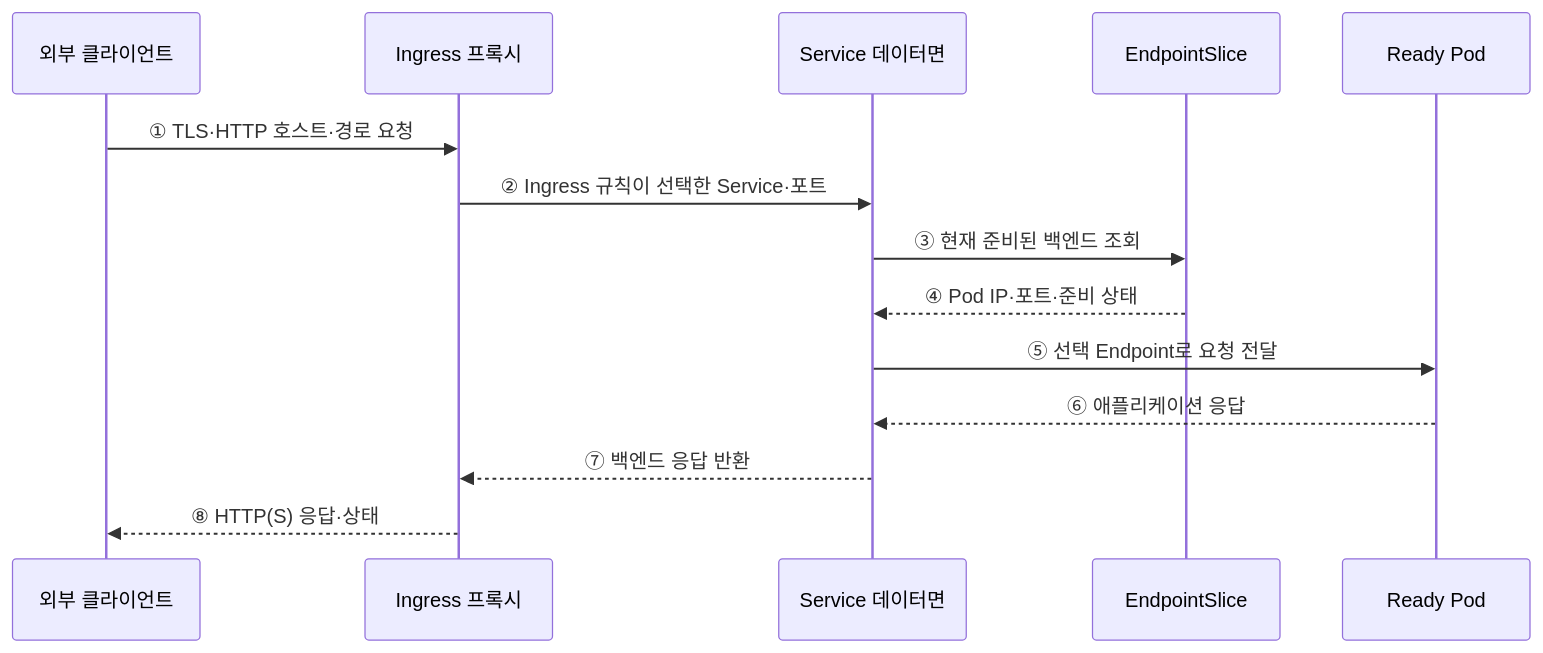
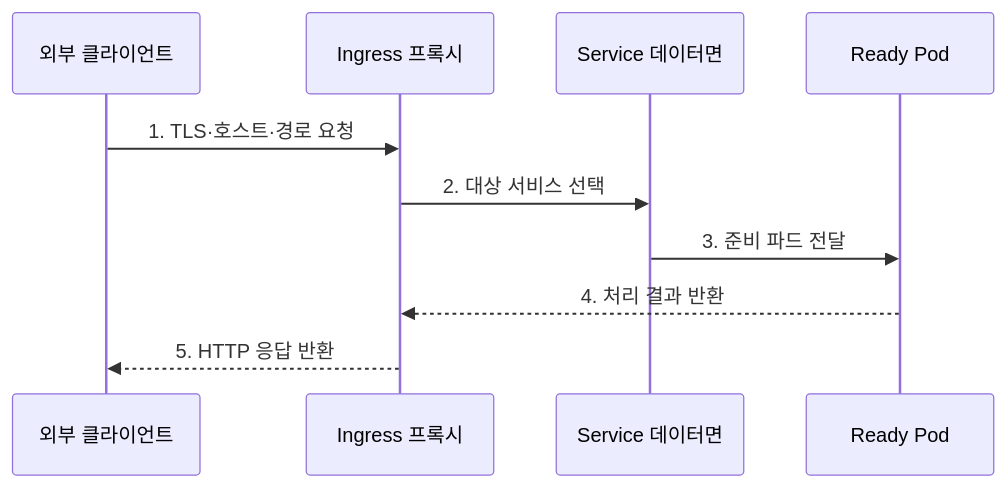
Before and after one commit to agnusdei1207/knowledge-base: the second of 2 diagrams in src/content/docs/notes/03-software/155_kubernetes_service_ingress.md, drawn with Mermaid. The commit also changed other lines of this file and 20 other files, not shown here.

````diff
--- a/src/content/docs/notes/03-software/155_kubernetes_service_ingress.md
+++ b/src/content/docs/notes/03-software/155_kubernetes_service_ingress.md
@@ -72,16 +87,12 @@
 ```mermaid
 sequenceDiagram
     participant C as 외부 클라이언트
     participant I as Ingress 프록시
     participant S as Service 데이터면
-    participant E as EndpointSlice
     participant P as Ready Pod
-    C->>I: ① TLS·HTTP 호스트·경로 요청
-    I->>S: ② Ingress 규칙이 선택한 Service·포트
-    S->>E: ③ 현재 준비된 백엔드 조회
-    E-->>S: ④ Pod IP·포트·준비 상태
-    S->>P: ⑤ 선택 Endpoint로 요청 전달
-    P-->>S: ⑥ 애플리케이션 응답
-    S-->>I: ⑦ 백엔드 응답 반환
-    I-->>C: ⑧ HTTP(S) 응답·상태
+    C->>I: 1. TLS·호스트·경로 요청
+    I->>S: 2. 대상 서비스 선택
+    S->>P: 3. 준비 파드 전달
+    P-->>I: 4. 처리 결과 반환
+    I-->>C: 5. HTTP 응답 반환
 ```
````
